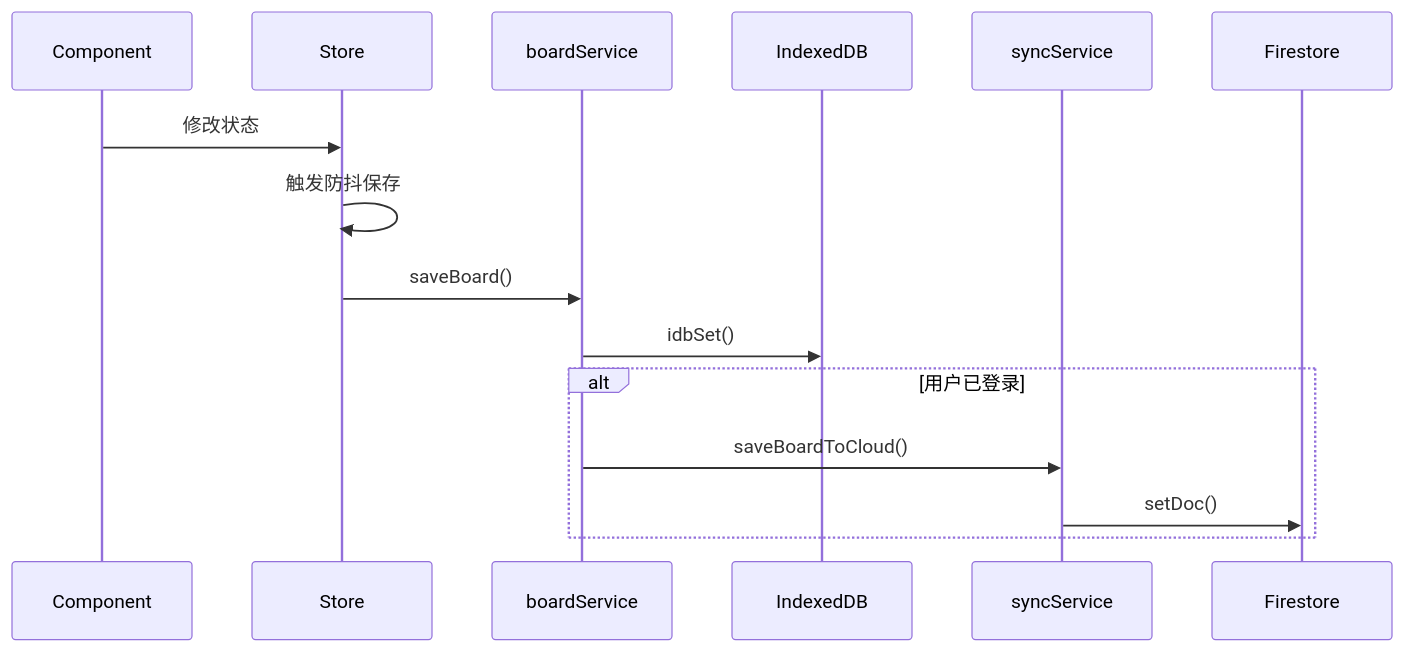
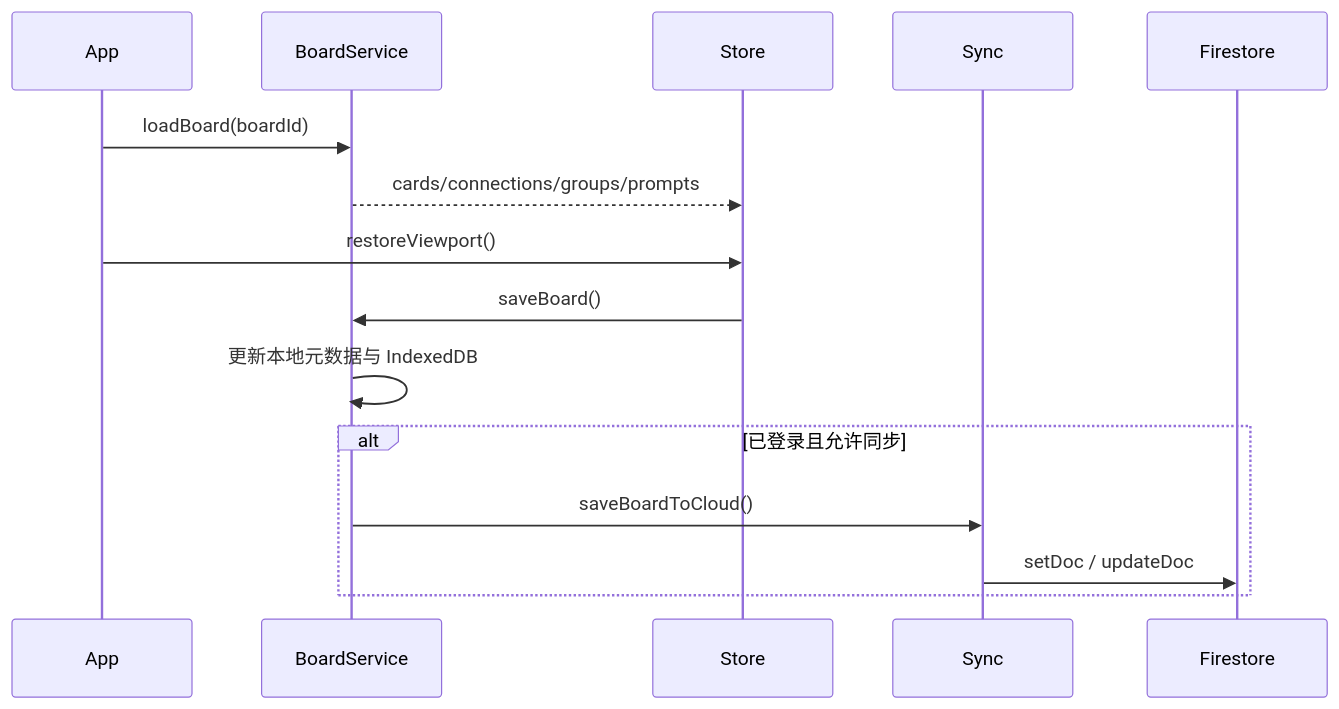
The third of 3 diagrams in docs/ARCHITECTURE.md (sorrow233/nexmap), drawn with Mermaid before and after one commit. The commit also changed other lines of this file and 14 other files, not shown here.

````diff
--- a/docs/ARCHITECTURE.md
+++ b/docs/ARCHITECTURE.md
@@ -100,18 +109,19 @@
 ```mermaid
 sequenceDiagram
-    participant Component
+    participant App
+    participant BoardService
     participant Store
-    participant boardService
-    participant IndexedDB
-    participant syncService
+    participant Sync
     participant Firestore
-    
-    Component->>Store: 修改状态
-    Store->>Store: 触发防抖保存
-    Store->>boardService: saveBoard()
-    boardService->>IndexedDB: idbSet()
-    alt 用户已登录
-        boardService->>syncService: saveBoardToCloud()
-        syncService->>Firestore: setDoc()
+
+    App->>BoardService: loadBoard(boardId)
+    BoardService-->>Store: cards/connections/groups/prompts
+    App->>Store: restoreViewport()
+
+    Store->>BoardService: saveBoard()
+    BoardService->>BoardService: 更新本地元数据与 IndexedDB
+    alt 已登录且允许同步
+        BoardService->>Sync: saveBoardToCloud()
+        Sync->>Firestore: setDoc / updateDoc
     end
 ```
````
